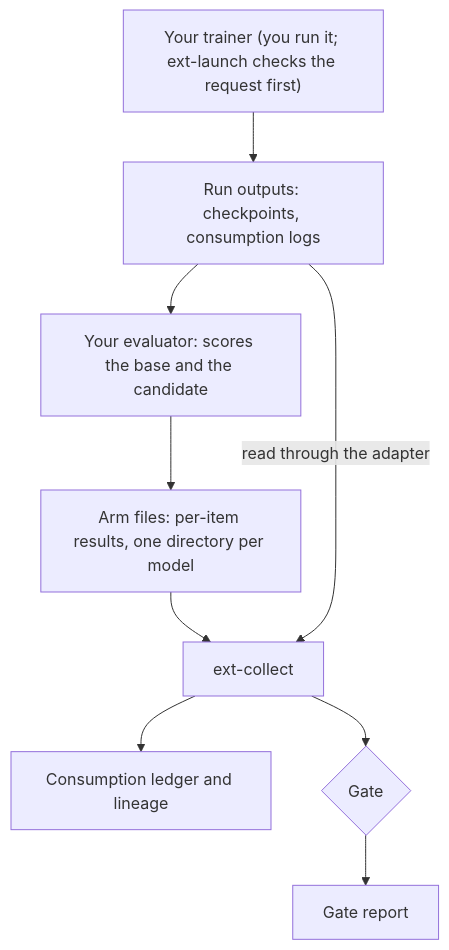
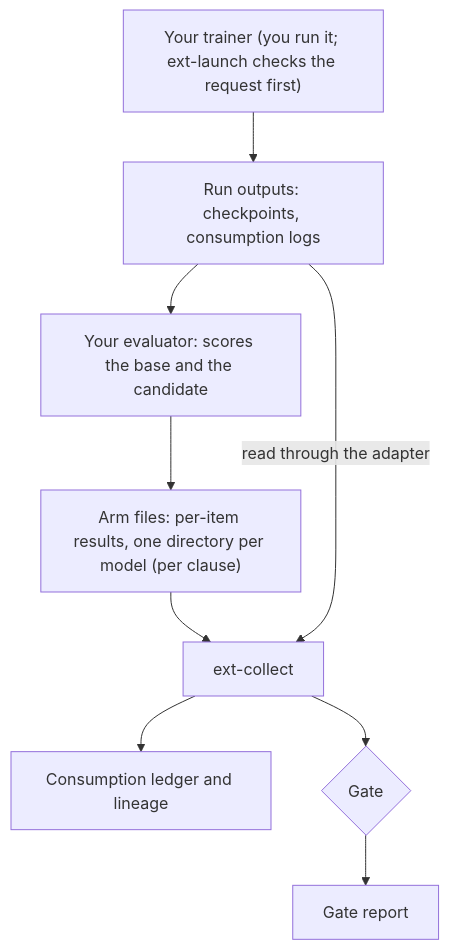
The diagram in docs/external-runs.md (gatedtrain/gatedtrain), drawn with Mermaid before and after one commit. The commit also changed other lines of this file and 3 other files, not shown here.

First line of the commit message:
Docs: clarify the keeper diagram, steps and arm wording

````diff
--- a/docs/external-runs.md
+++ b/docs/external-runs.md
@@ -15,12 +15,12 @@
 ```mermaid
 flowchart TB
     trainer["Your trainer (you run it; ext-launch checks the request first)"]
     trainer --> out["Run outputs: checkpoints, consumption logs"]
     out --> evaluator["Your evaluator: scores the base and the candidate"]
-    evaluator --> arms["Arm files: per-item results, one directory per model"]
+    evaluator --> arms["Arm files: per-item results, one directory per model (per clause)"]
     arms --> collect["ext-collect"]
     out -->|"read through the adapter"| collect
     collect --> ledger["Consumption ledger and lineage"]
     collect --> gate{"Gate"}
     gate --> report["Gate report"]
 ```
````
